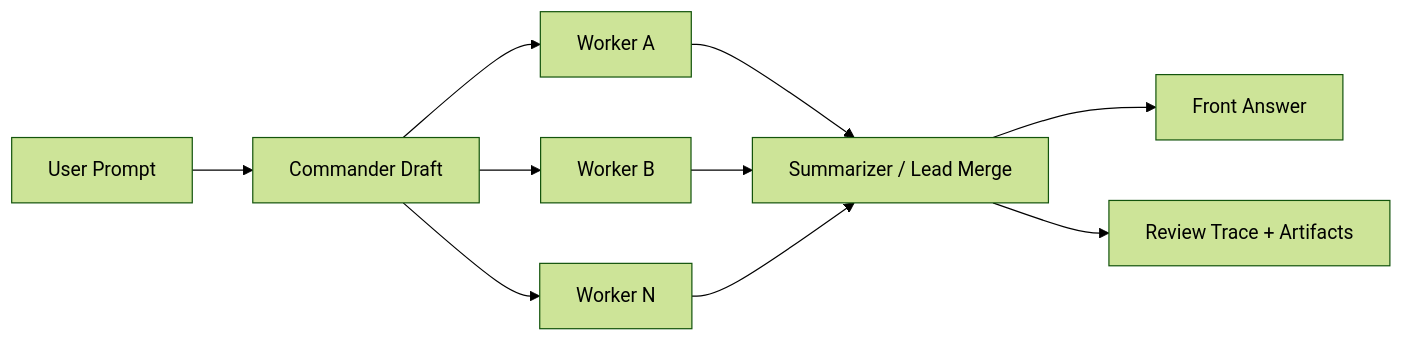
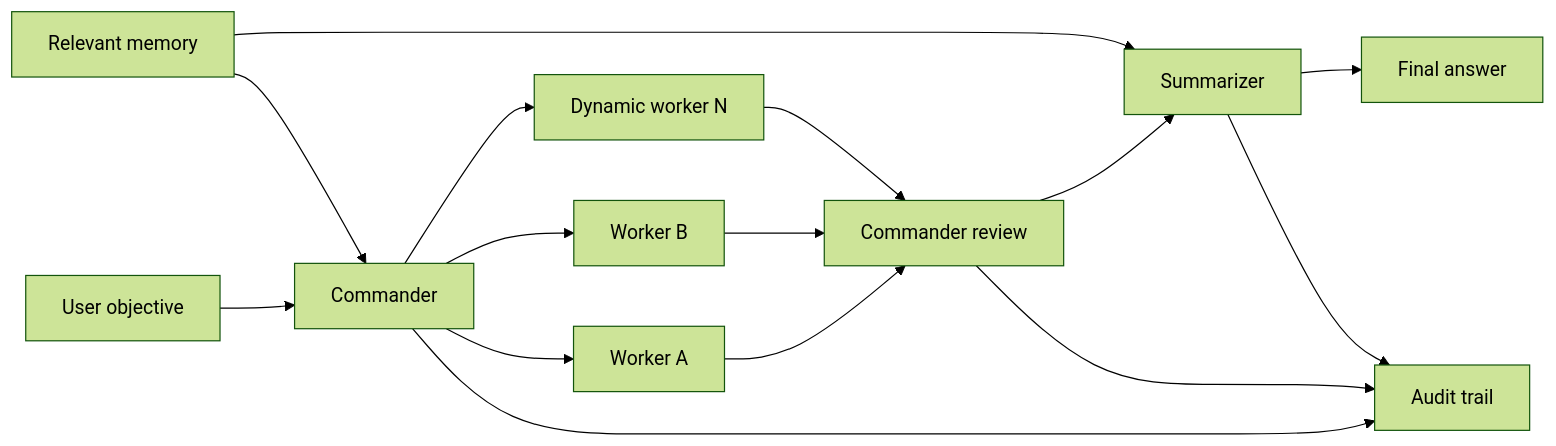
Before and after one commit to palamudin/ParaLLM: the diagram in README.md, drawn with Mermaid (forest theme). The commit also changed other lines of this file and 8 other files, not shown here.

````diff
--- a/README.md
+++ b/README.md
@@ -66,12 +34,17 @@
 ```mermaid
 flowchart LR
-    U[User Prompt] --> C[Commander Draft]
-    C --> A[Worker A]
-    C --> B[Worker B]
-    C --> D[Worker N]
-    A --> S[Summarizer / Lead Merge]
-    B --> S
-    D --> S
-    S --> F[Front Answer]
-    S --> R[Review Trace + Artifacts]
+    U[User objective] --> C[Commander]
+    M[Relevant memory] --> C
+    C --> W1[Worker A]
+    C --> W2[Worker B]
+    C --> WN[Dynamic worker N]
+    W1 --> R[Commander review]
+    W2 --> R
+    WN --> R
+    R --> S[Summarizer]
+    M --> S
+    S --> F[Final answer]
+    C --> A[Audit trail]
+    R --> A
+    S --> A
 ```
````
